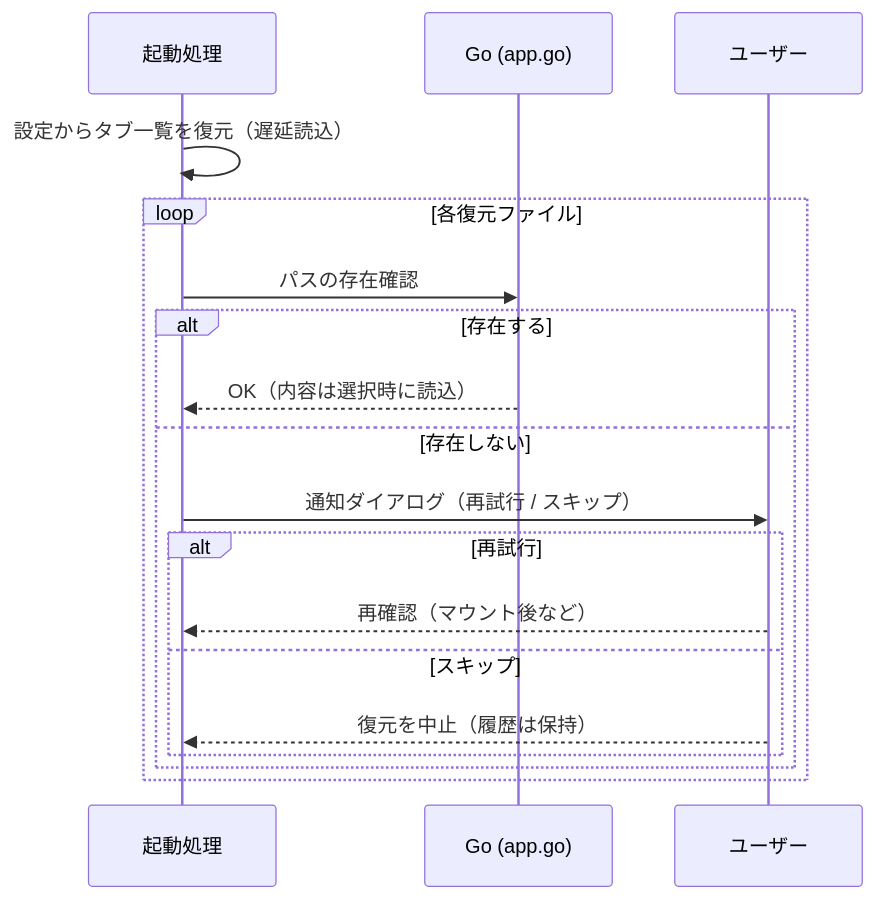
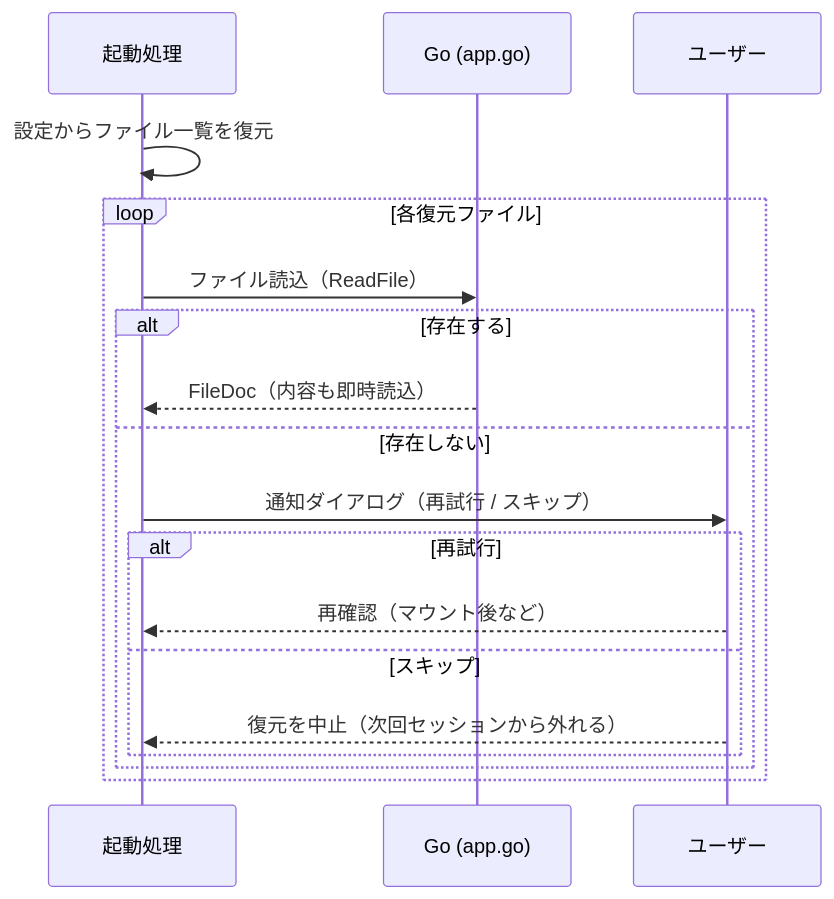
Before and after one commit to osakichi/Markmiru: the third of 3 diagrams in docs/アーキテクチャ・画面設計.md, drawn with Mermaid. The commit also changed other lines of this file and 4 other files, not shown here.

Commit message:
Sync docs with implementation; mark macOS verified and add architecture notes

````diff
--- a/docs/アーキテクチャ・画面設計.md
+++ b/docs/アーキテクチャ・画面設計.md
@@ -303,21 +304,21 @@
 ```mermaid
 sequenceDiagram
   participant App as 起動処理
   participant Go as Go (app.go)
   participant U as ユーザー
 
-  App->>App: 設定からタブ一覧を復元（遅延読込）
+  App->>App: 設定からファイル一覧を復元
   loop 各復元ファイル
-    App->>Go: パスの存在確認
+    App->>Go: ファイル読込（ReadFile）
     alt 存在する
-      Go-->>App: OK（内容は選択時に読込）
+      Go-->>App: FileDoc（内容も即時読込）
     else 存在しない
       App->>U: 通知ダイアログ（再試行 / スキップ）
       alt 再試行
         U-->>App: 再確認（マウント後など）
       else スキップ
-        U-->>App: 復元を中止（履歴は保持）
+        U-->>App: 復元を中止（次回セッションから外れる）
       end
     end
   end
 ```
````
